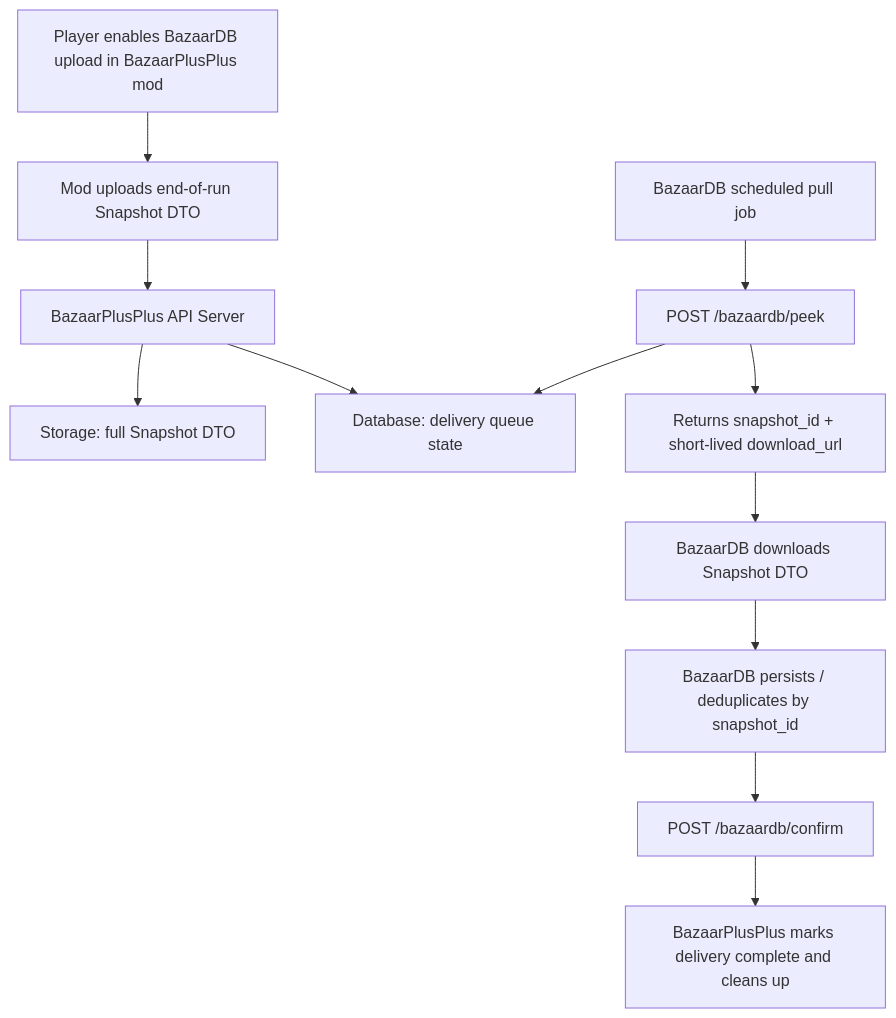
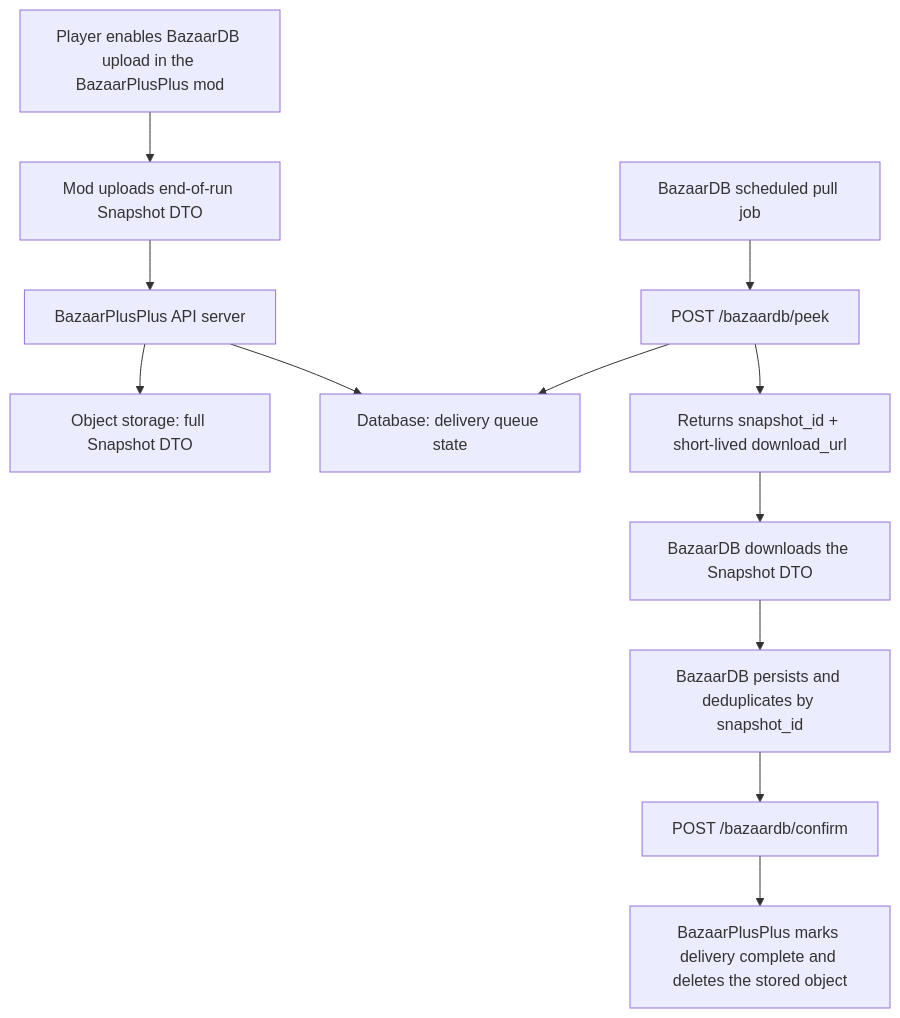
The diagram in docs/bazaardb-snapshot-integration.md (BazaarPlusPlus/bazaarplusplus-server), drawn with Mermaid before and after one commit. The commit also changed other lines of this file and 1 other file, not shown here.

First line of the commit message:
docs: update bazaardb snapshot integration docs

````diff
--- a/docs/bazaardb-snapshot-integration.md
+++ b/docs/bazaardb-snapshot-integration.md
@@ -17,17 +17,17 @@
 ```mermaid
 flowchart TD
-    A["Player enables BazaarDB upload in BazaarPlusPlus mod"] --> B["Mod uploads end-of-run Snapshot DTO"]
-    B --> C["BazaarPlusPlus API Server"]
+    A["Player enables BazaarDB upload in the BazaarPlusPlus mod"] --> B["Mod uploads end-of-run Snapshot DTO"]
+    B --> C["BazaarPlusPlus API server"]
 
-    C --> D["Storage: full Snapshot DTO"]
+    C --> D["Object storage: full Snapshot DTO"]
     C --> E["Database: delivery queue state"]
 
     F["BazaarDB scheduled pull job"] --> G["POST /bazaardb/peek"]
     G --> E
     G --> H["Returns snapshot_id + short-lived download_url"]
 
-    H --> I["BazaarDB downloads Snapshot DTO"]
-    I --> J["BazaarDB persists / deduplicates by snapshot_id"]
+    H --> I["BazaarDB downloads the Snapshot DTO"]
+    I --> J["BazaarDB persists and deduplicates by snapshot_id"]
     J --> K["POST /bazaardb/confirm"]
-    K --> L["BazaarPlusPlus marks delivery complete and cleans up"]
+    K --> L["BazaarPlusPlus marks delivery complete and deletes the stored object"]
 ```
````
